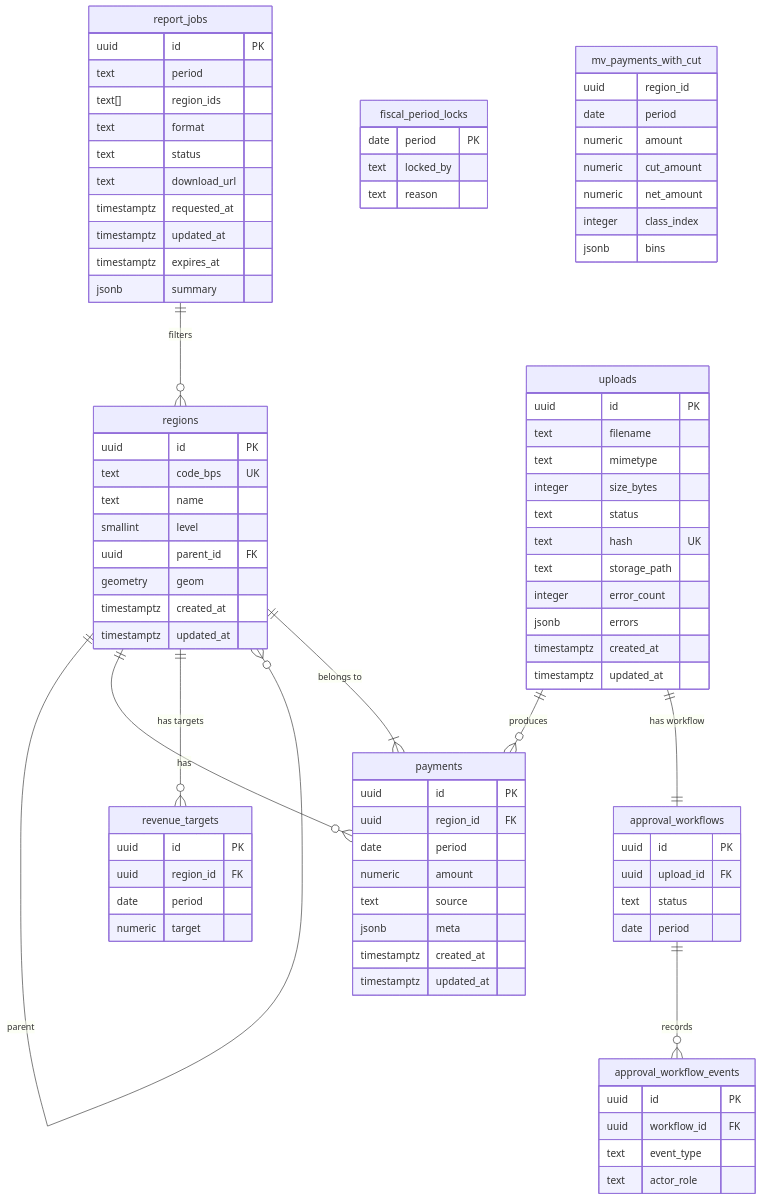
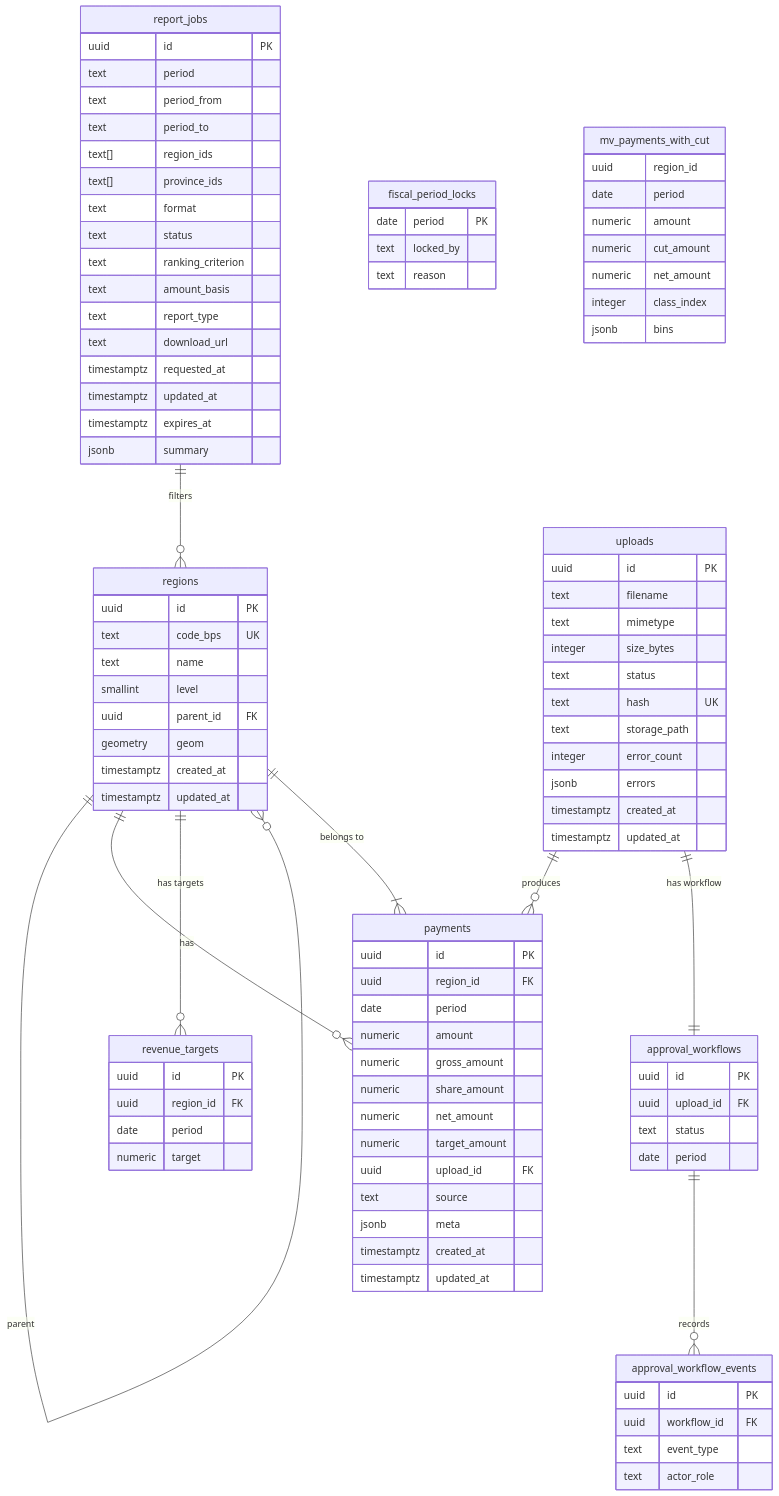
The diagram in docs/database-schema.md (noah-isme/petakeu), drawn with Mermaid before and after one commit. The commit also changed other lines of this file and 41 other files, not shown here.

First line of the commit message:
feat(roadmap): Add staged ingestion and analytics

```diff
--- a/docs/database-schema.md
+++ b/docs/database-schema.md
@@ -33,6 +33,11 @@
         uuid region_id FK
         date period
         numeric amount
+        numeric gross_amount
+        numeric share_amount
+        numeric net_amount
+        numeric target_amount
+        uuid upload_id FK
         text source
         jsonb meta
         timestamptz created_at
@@ -56,9 +61,15 @@
     report_jobs {
         uuid id PK
         text period
+        text period_from
+        text period_to
         text[] region_ids
+        text[] province_ids
         text format
         text status
+        text ranking_criterion
+        text amount_basis
+        text report_type
         text download_url
         timestamptz requested_at
         timestamptz updated_at
```
